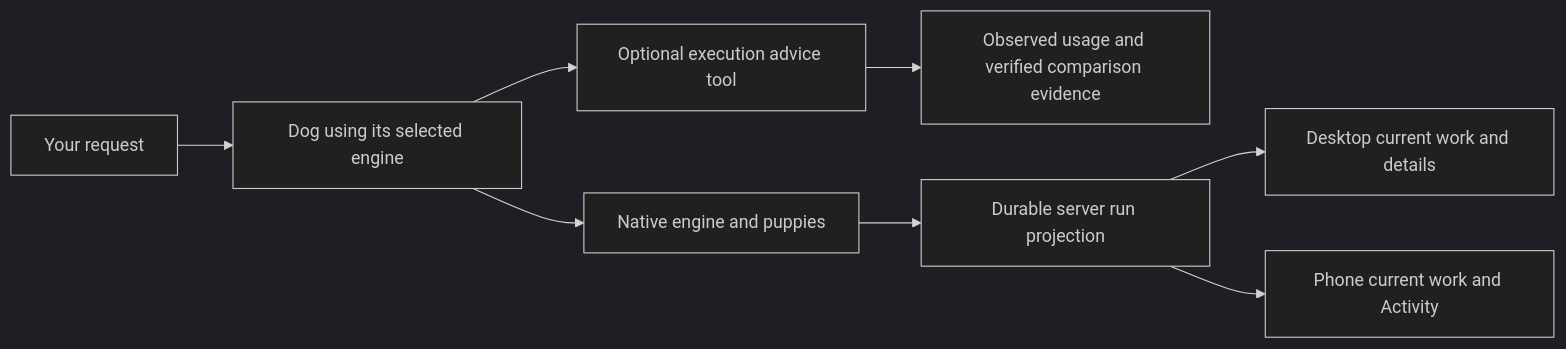
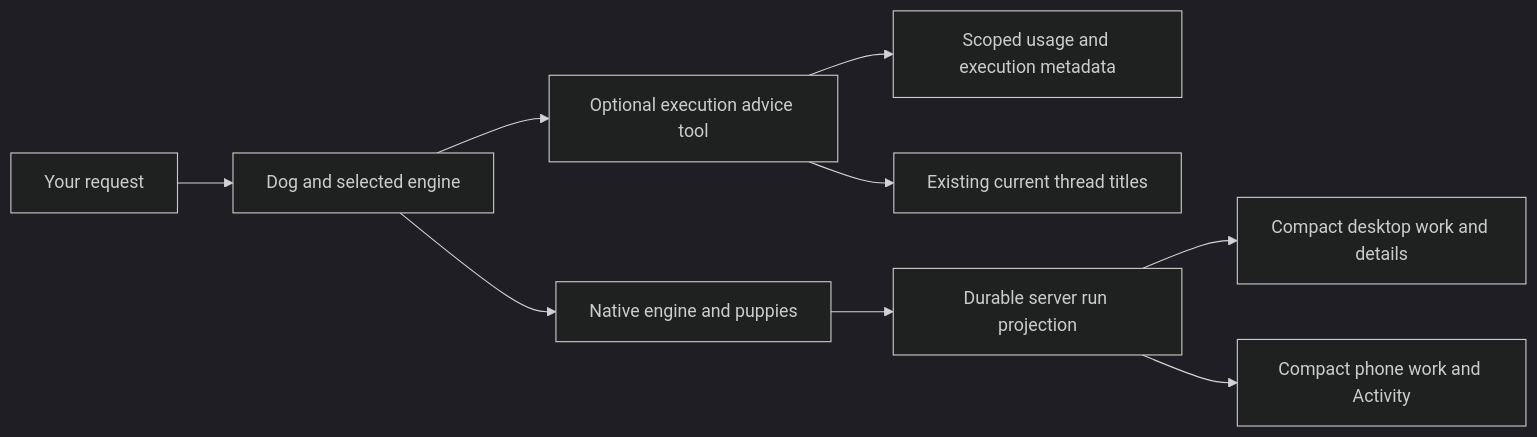
One commit to woodbeary/later-dog changed the diagram in docs/verification/consolidation-release-2026-11-08.md. Above: the diagram before and after it, drawn with Mermaid (dark theme). The commit also changed other lines of this file and 8 other files, not shown here.

````diff
--- a/docs/verification/consolidation-release-2026-11-08.md
+++ b/docs/verification/consolidation-release-2026-11-08.md
@@ -25,10 +24,11 @@
 ```mermaid
 flowchart LR
-  User[Your request] --> Dog[Dog using its selected engine]
+  Request[Your request] --> Dog[Dog and selected engine]
   Dog --> Advice[Optional execution advice tool]
-  Advice --> Evidence[Observed usage and verified comparison evidence]
-  Dog --> Engine[Native engine and puppies]
-  Engine --> Projection[Durable server run projection]
-  Projection --> Desktop[Desktop current work and details]
-  Projection --> Phone[Phone current work and Activity]
+  Advice --> Usage[Scoped usage and execution metadata]
+  Advice --> Context[Existing current thread titles]
+  Dog --> Native[Native engine and puppies]
+  Native --> Runs[Durable server run projection]
+  Runs --> Desktop[Compact desktop work and details]
+  Runs --> Phone[Compact phone work and Activity]
 ```
````
